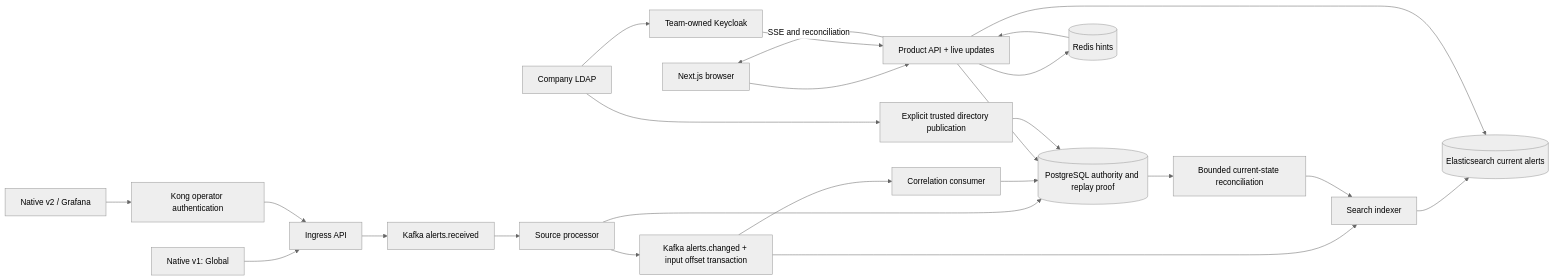
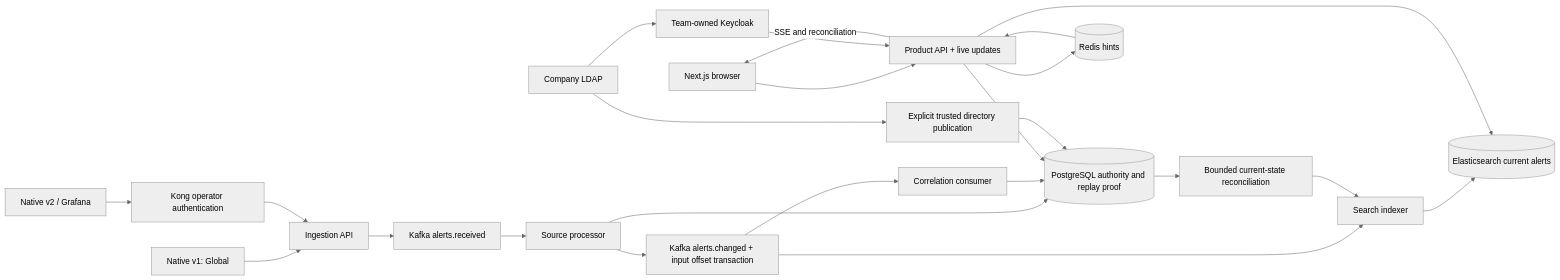
The diagram in specs/spec-alerts-management-system.md (keep-alert-operations/keep-design), drawn with Mermaid (neutral theme) before and after one commit. The commit also changed other lines of this file and 25 other files, not shown here.

````diff
--- a/specs/spec-alerts-management-system.md
+++ b/specs/spec-alerts-management-system.md
@@ -62,26 +62,26 @@
 ```mermaid
 flowchart LR
-  V1[Native v1: Global] --> Ingress[Ingress API]
+  V1[Native v1: Global] --> Ingress[Ingestion API]
   V2[Native v2 / Grafana] --> Kong[Kong operator authentication]
   Kong --> Ingress
   Ingress --> Received[Kafka alerts.received]
   Received --> Source[Source processor]
   Source --> PG[(PostgreSQL authority and replay proof)]
   Source --> Changed[Kafka alerts.changed + input offset transaction]
   Changed --> Correlation[Correlation consumer]
   Correlation --> PG
   Changed --> Indexer[Search indexer]
   PG --> Reconcile[Bounded current-state reconciliation]
   Reconcile --> Indexer
   Indexer --> ES[(Elasticsearch current alerts)]
   UI[Next.js browser] --> API[Product API + live updates]
   API --> PG
   API --> ES
   API --> Redis[(Redis hints)]
   Redis --> API
   API -->|SSE and reconciliation| UI
   LDAP[Company LDAP] --> KC[Team-owned Keycloak]
   KC --> API
   LDAP --> Directory[Explicit trusted directory publication]
   Directory --> PG
 ```
````
